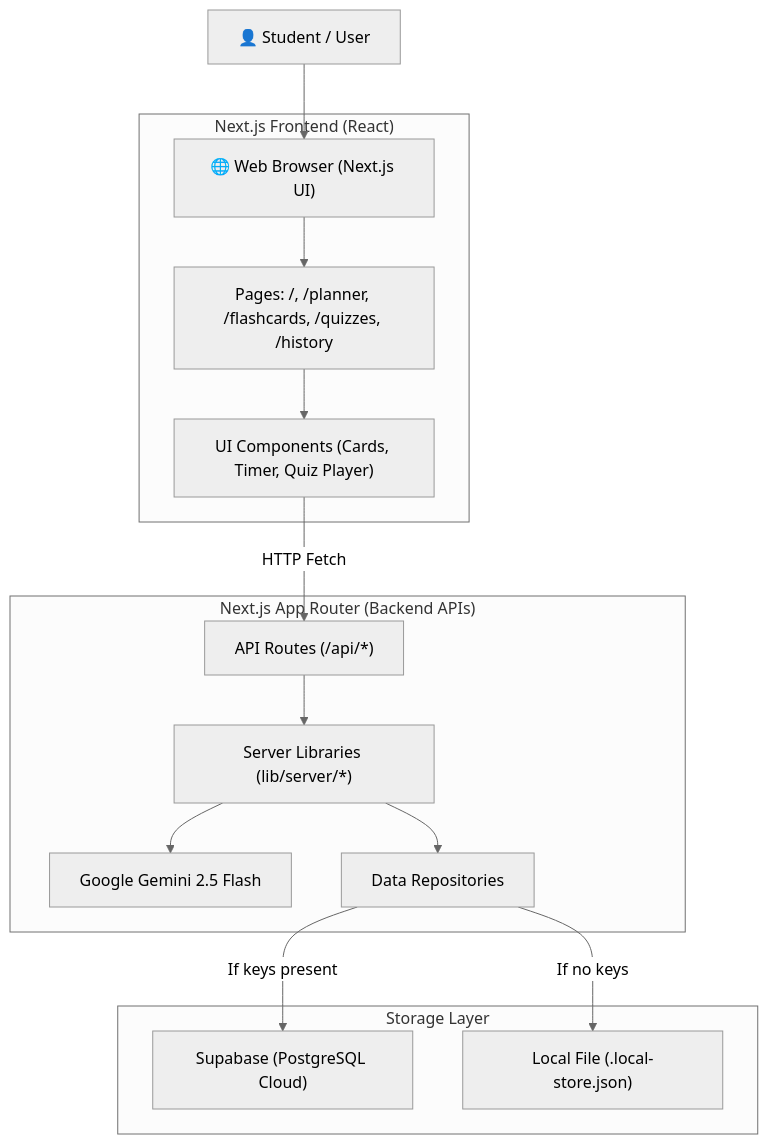
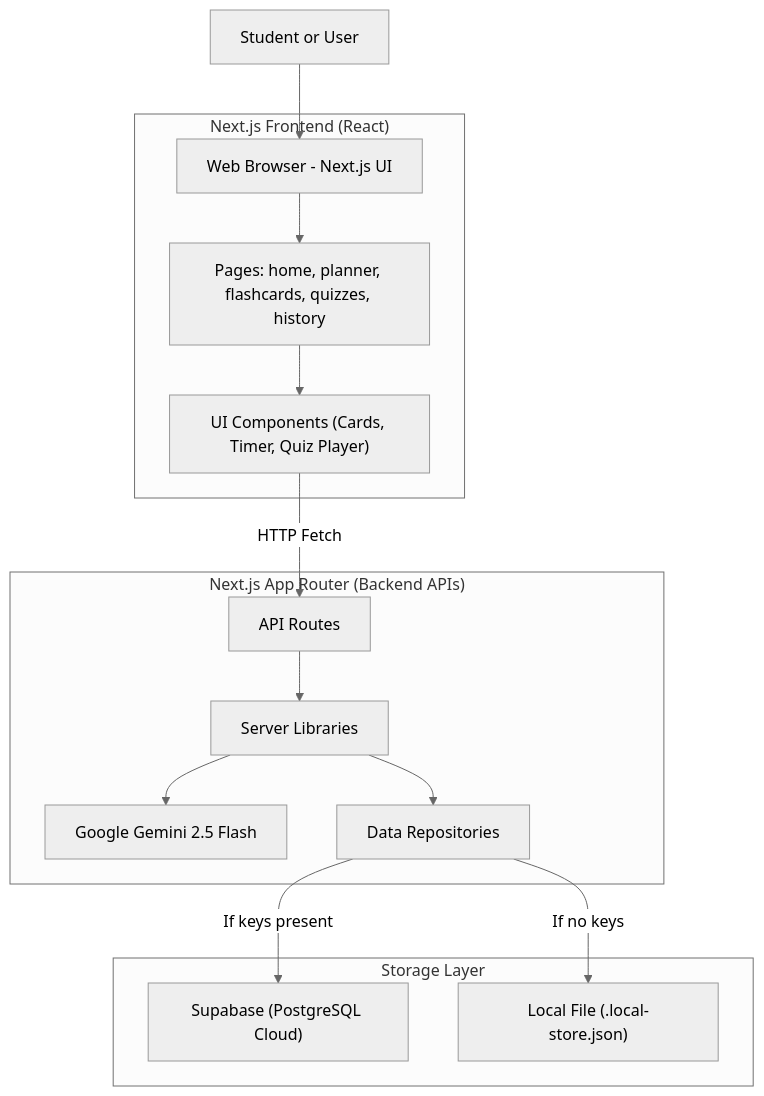
Before and after one commit to Binit08/study_planner: the first of 2 diagrams in docs/architecture/overview.md, drawn with Mermaid (neutral theme). The commit also changed 4 other files, not shown here.

Commit message:
fix diagrams in readme

````diff
--- a/docs/architecture/overview.md
+++ b/docs/architecture/overview.md
@@ -7,21 +7,21 @@
 ```mermaid
 flowchart TD
-    User["👤 Student / User"] --> Browser["🌐 Web Browser (Next.js UI)"]
+    User["Student or User"] --> Browser["Web Browser - Next.js UI"]
 
     subgraph Frontend ["Next.js Frontend (React)"]
-        Browser --> Pages["Pages: /, /planner, /flashcards, /quizzes, /history"]
+        Browser --> Pages["Pages: home, planner, flashcards, quizzes, history"]
         Pages --> Components["UI Components (Cards, Timer, Quiz Player)"]
     end
 
     subgraph Backend ["Next.js App Router (Backend APIs)"]
-        Components -->|HTTP Fetch| API["API Routes (/api/*)"]
-        API --> ServerLib["Server Libraries (lib/server/*)"]
+        Components -->|HTTP Fetch| API["API Routes"]
+        API --> ServerLib["Server Libraries"]
         ServerLib --> AI["Google Gemini 2.5 Flash"]
         ServerLib --> Repo["Data Repositories"]
     end
 
     subgraph Storage ["Storage Layer"]
-        Repo -->|"If keys present"| Supabase["Supabase (PostgreSQL Cloud)"]
-        Repo -->|"If no keys"| LocalJSON["Local File (.local-store.json)"]
+        Repo -->|If keys present| Supabase["Supabase (PostgreSQL Cloud)"]
+        Repo -->|If no keys| LocalJSON["Local File (.local-store.json)"]
     end
 ```
````
